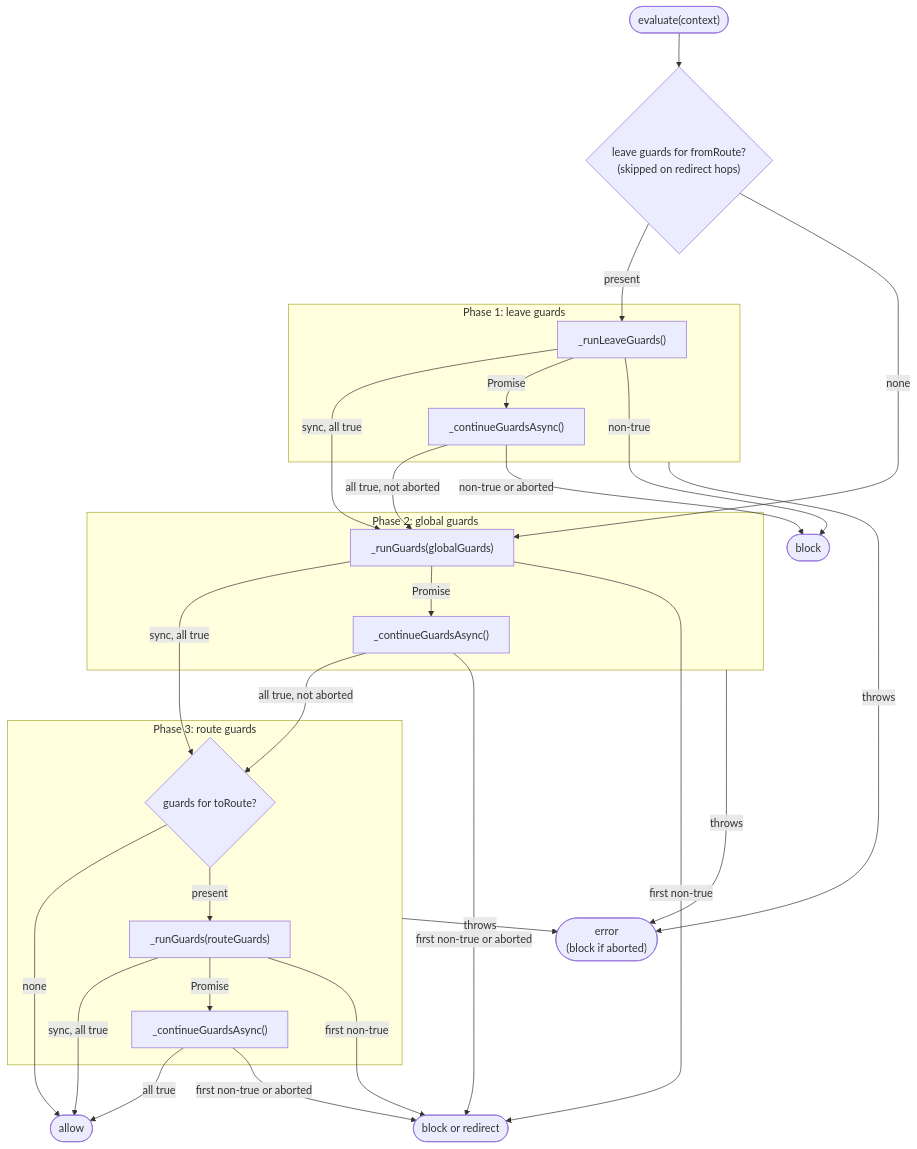
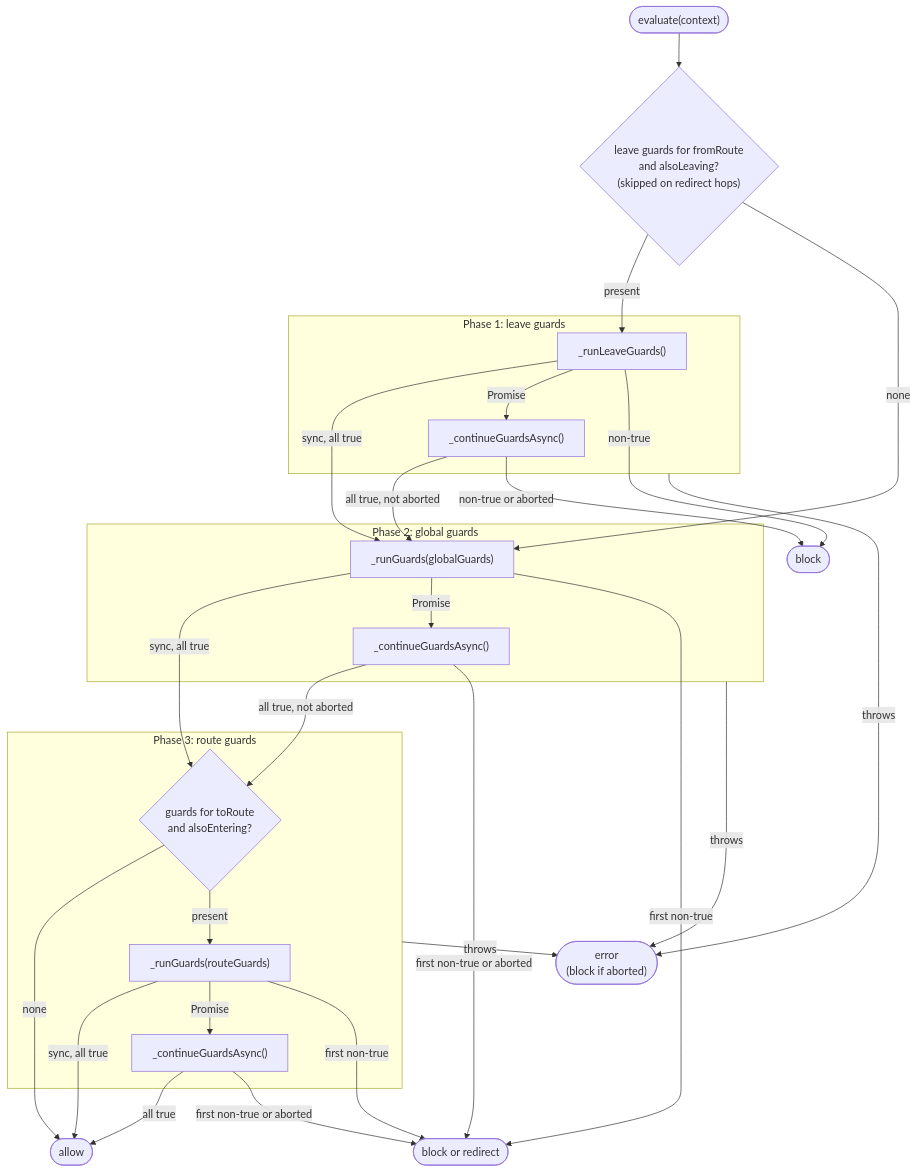
Before and after one commit to wridgeu/ui5-lib-guard-router: the second of 4 diagrams in docs/reference/architecture.md, drawn with Mermaid. The commit also changed other lines of this file and 11 other files, not shown here.

First line of the commit message:
docs: browser history, greedy routes and the redirect to the shown route

````diff
--- a/docs/reference/architecture.md
+++ b/docs/reference/architecture.md
@@ -420,47 +496,47 @@
 ```mermaid
 flowchart TD
-    start(["evaluate(context)"]) --> lcheck{"leave guards for fromRoute?<br/>(skipped on redirect hops)"}
+    start(["evaluate(context)"]) --> lcheck{"leave guards for fromRoute<br/>and alsoLeaving?<br/>(skipped on redirect hops)"}
 
     subgraph phase1 ["Phase 1: leave guards"]
         lrun["_runLeaveGuards()"]
         lfin["_continueGuardsAsync()"]
     end
 
     subgraph phase2 ["Phase 2: global guards"]
         gsync["_runGuards(globalGuards)"]
         gfin["_continueGuardsAsync()"]
     end
 
     subgraph phase3 ["Phase 3: route guards"]
-        rcheck{"guards for toRoute?"}
+        rcheck{"guards for toRoute<br/>and alsoEntering?"}
         rsync["_runGuards(routeGuards)"]
         rfin["_continueGuardsAsync()"]
     end
 
     lcheck -- "present" --> lrun
     lcheck -- "none" --> gsync
     lrun -- "sync, all true" --> gsync
     lrun -- "Promise" --> lfin
     lfin -- "all true, not aborted" --> gsync
 
     gsync -- "sync, all true" --> rcheck
     gsync -- "Promise" --> gfin
     gfin -- "all true, not aborted" --> rcheck
 
     rcheck -- "none" --> allow(["allow"])
     rcheck -- "present" --> rsync
     rsync -- "sync, all true" --> allow
     rsync -- "Promise" --> rfin
     rfin -- "all true" --> allow
 
     lrun -- "non-true" --> block(["block"])
     lfin -- "non-true or aborted" --> block
     gsync -- "first non-true" --> result(["block or redirect"])
     gfin -- "first non-true or aborted" --> result
     rsync -- "first non-true" --> result
     rfin -- "first non-true or aborted" --> result
 
     phase1 -- "throws" --> error(["error<br/>(block if aborted)"])
     phase2 -- "throws" --> error
     phase3 -- "throws" --> error
 ```
````
